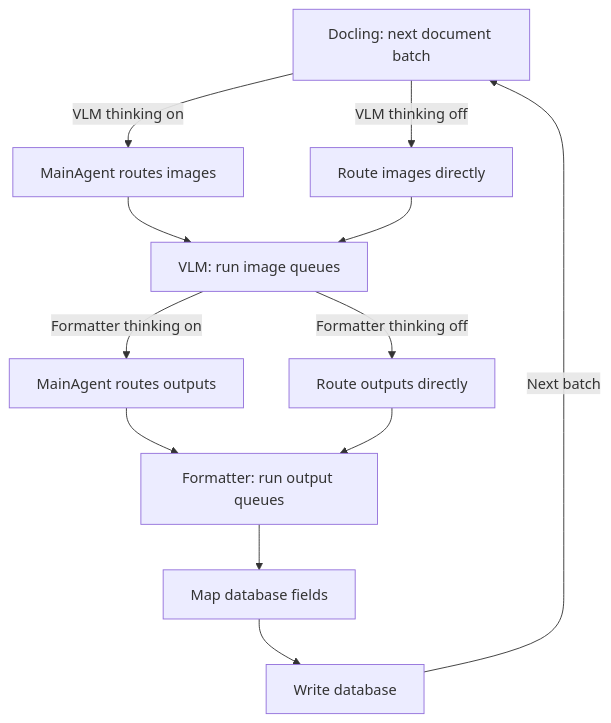
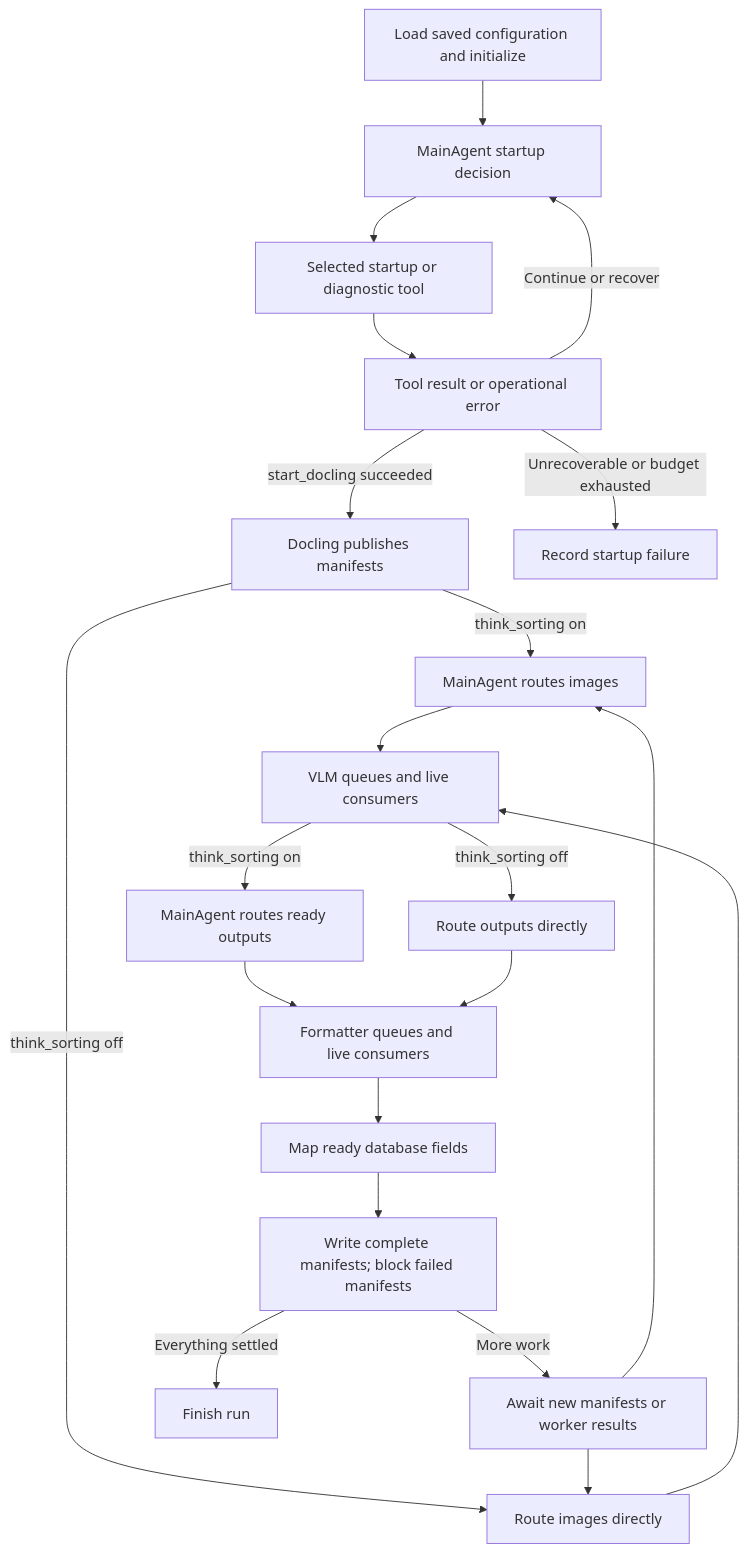
The diagram in MAIN_AGENT.md (KirillosTY/pdf-image-value-parser), drawn with Mermaid before and after one commit. The commit also changed other lines of this file and 78 other files, not shown here.

````diff
--- a/MAIN_AGENT.md
+++ b/MAIN_AGENT.md
@@ -7,14 +19,23 @@
 ```mermaid
 flowchart TD
-    D[Docling: next document batch] -->|VLM thinking on| A[MainAgent routes images]
-    D -->|VLM thinking off| R[Route images directly]
-    A --> V[VLM: run image queues]
+    P0[Load saved configuration and initialize] --> A0[MainAgent startup decision]
+    A0 --> T0[Selected startup or diagnostic tool]
+    T0 --> R0[Tool result or operational error]
+    R0 -->|Continue or recover| A0
+    R0 -->|start_docling succeeded| D
+    R0 -->|Unrecoverable or budget exhausted| X0[Record startup failure]
+    D[Docling publishes manifests] -->|think_sorting on| A[MainAgent routes images]
+    D -->|think_sorting off| R[Route images directly]
+    A --> V[VLM queues and live consumers]
     R --> V
-    V -->|Formatter thinking on| B[MainAgent routes outputs]
-    V -->|Formatter thinking off| S[Route outputs directly]
-    B --> F[Formatter: run output queues]
+    V -->|think_sorting on| B[MainAgent routes ready outputs]
+    V -->|think_sorting off| S[Route outputs directly]
+    B --> F[Formatter queues and live consumers]
     S --> F
-    F --> M[Map database fields]
-    M --> W[Write database]
-    W -->|Next batch| D
+    F --> M[Map ready database fields]
+    M --> W[Write complete manifests; block failed manifests]
+    W -->|More work| P[Await new manifests or worker results]
+    P --> A
+    P --> R
+    W -->|Everything settled| E[Finish run]
 ```
````
